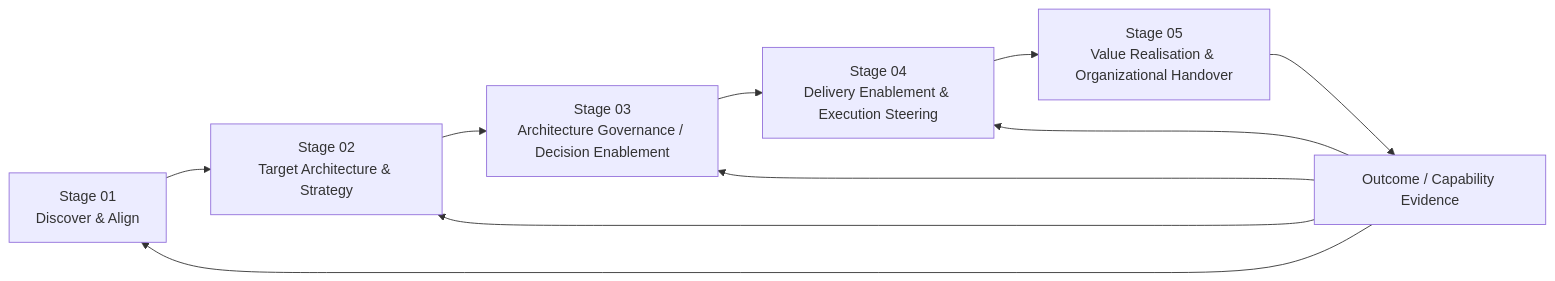
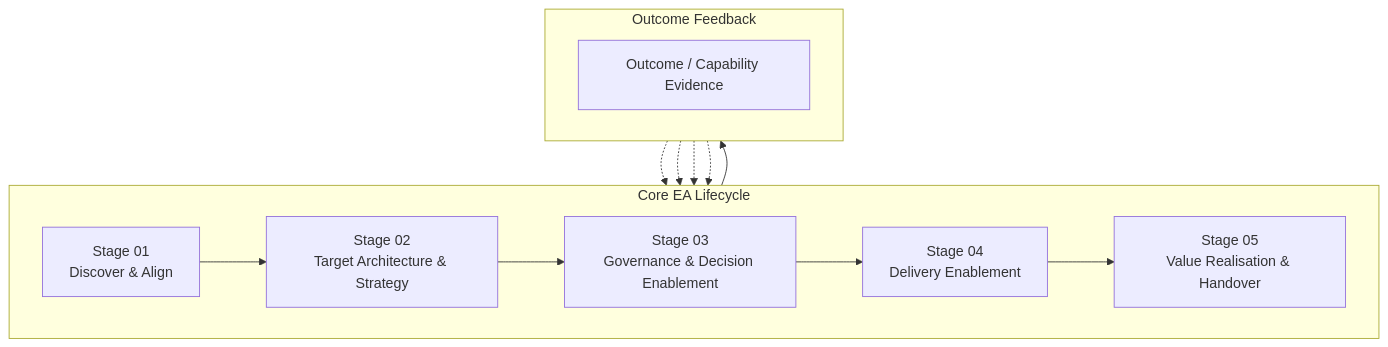
One commit to avfranco-br/portfolio changed the fourth of 5 diagrams in docs/sop/05-value-realisation-handover.md. Above: the diagram before and after it, drawn with Mermaid. The commit also changed other lines of this file and 10 other files, not shown here.

Commit message:
Refactor Mermaid diagrams across SOP and methods documentation for legibility

````diff
--- a/docs/sop/05-value-realisation-handover.md
+++ b/docs/sop/05-value-realisation-handover.md
@@ -1070,12 +1101,21 @@
 ```mermaid
-flowchart LR
-    S1["Stage 01<br/>Discover & Align"] --> S2["Stage 02<br/>Target Architecture & Strategy"]
-    S2 --> S3["Stage 03<br/>Architecture Governance / Decision Enablement"]
-    S3 --> S4["Stage 04<br/>Delivery Enablement & Execution Steering"]
-    S4 --> S5["Stage 05<br/>Value Realisation & Organizational Handover"]
-    S5 --> F1["Outcome / Capability Evidence"]
-    F1 --> S1
-    F1 --> S2
-    F1 --> S3
-    F1 --> S4
+flowchart TD
+    subgraph Stages["Core EA Lifecycle"]
+        direction LR
+        S1["Stage 01<br/>Discover & Align"] --> S2["Stage 02<br/>Target Architecture & Strategy"]
+        S2 --> S3["Stage 03<br/>Governance & Decision Enablement"]
+        S3 --> S4["Stage 04<br/>Delivery Enablement"]
+        S4 --> S5["Stage 05<br/>Value Realisation & Handover"]
+    end
+
+    subgraph Feedback["Outcome Feedback"]
+        direction LR
+        F1["Outcome / Capability Evidence"]
+    end
+
+    S5 --> F1
+    F1 -.-> S1
+    F1 -.-> S2
+    F1 -.-> S3
+    F1 -.-> S4
 ```
````
